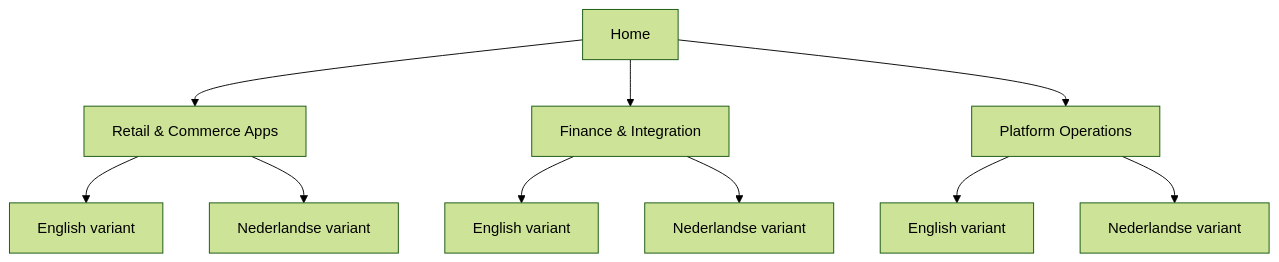
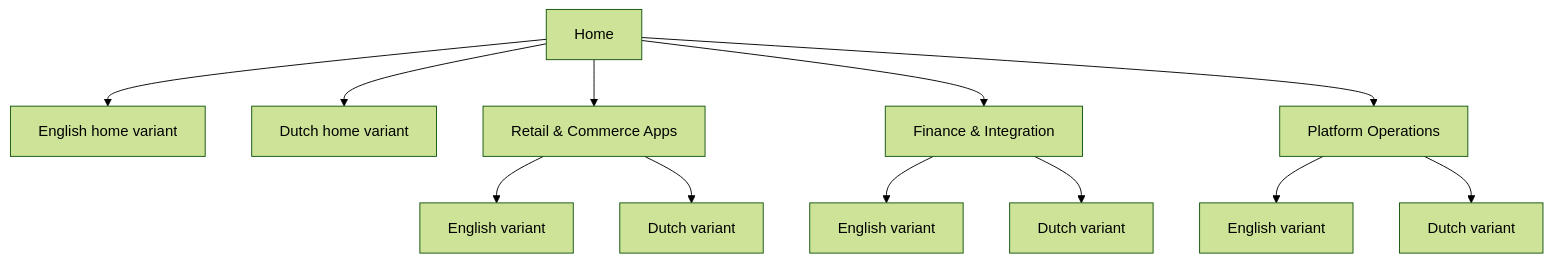
The diagram in home/README.md (gitbook-demo-sites/aiden-demo-site-20260625), drawn with Mermaid (forest theme) before and after one commit. The commit also changed other lines of this file and 11 other files, not shown here.

````diff
--- a/home/README.md
+++ b/home/README.md
@@ -67,12 +74,14 @@
 ```mermaid
 flowchart TD
-    Home[Home] --> Retail[Retail & Commerce Apps]
+    Home[Home] --> HomeEN[English home variant]
+    Home --> HomeNL[Dutch home variant]
+    Home --> Retail[Retail & Commerce Apps]
     Home --> Finance[Finance & Integration]
     Home --> Platform[Platform Operations]
     Retail --> RetailEN[English variant]
-    Retail --> RetailNL[Nederlandse variant]
+    Retail --> RetailNL[Dutch variant]
     Finance --> FinanceEN[English variant]
-    Finance --> FinanceNL[Nederlandse variant]
+    Finance --> FinanceNL[Dutch variant]
     Platform --> PlatformEN[English variant]
-    Platform --> PlatformNL[Nederlandse variant]
+    Platform --> PlatformNL[Dutch variant]
 ```
````
